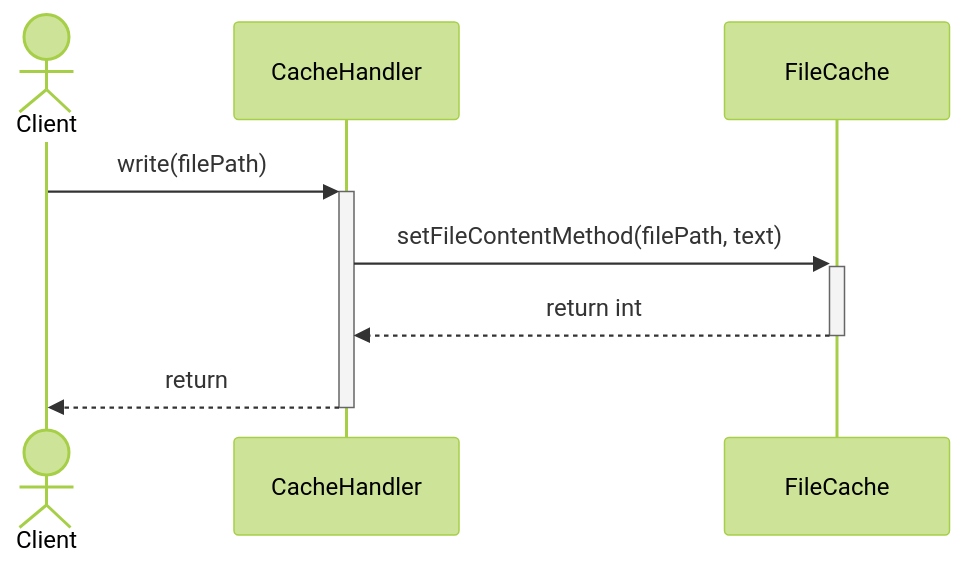
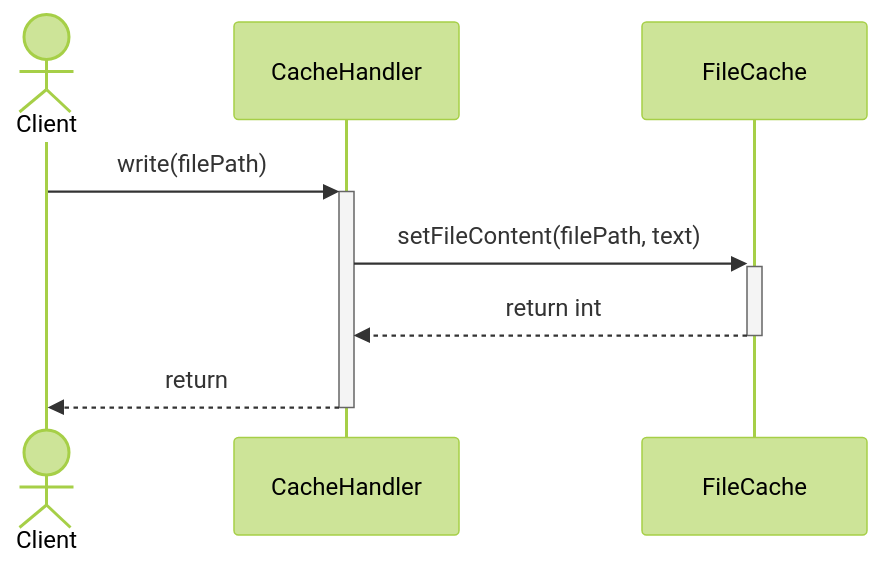
Before and after one commit to kaitokimuraofficial/distributed-file-systems: the fourth of 4 diagrams in design/sequence.md, drawn with Mermaid (forest theme). The commit also changed other lines of this file, not shown here.

````diff
--- a/design/sequence.md
+++ b/design/sequence.md
@@ -32,12 +52,12 @@
 ```mermaid
 sequenceDiagram
 
   actor C as Client
   participant CH as CacheHandler
   participant FC as FileCache
 
   C->>+CH: write(filePath)
-  CH->>+FC: setFileContentMethod(filePath, text)
+  CH->>+FC: setFileContent(filePath, text)
   FC-->>-CH: return int
   CH-->>-C:  return 
 ```
````
